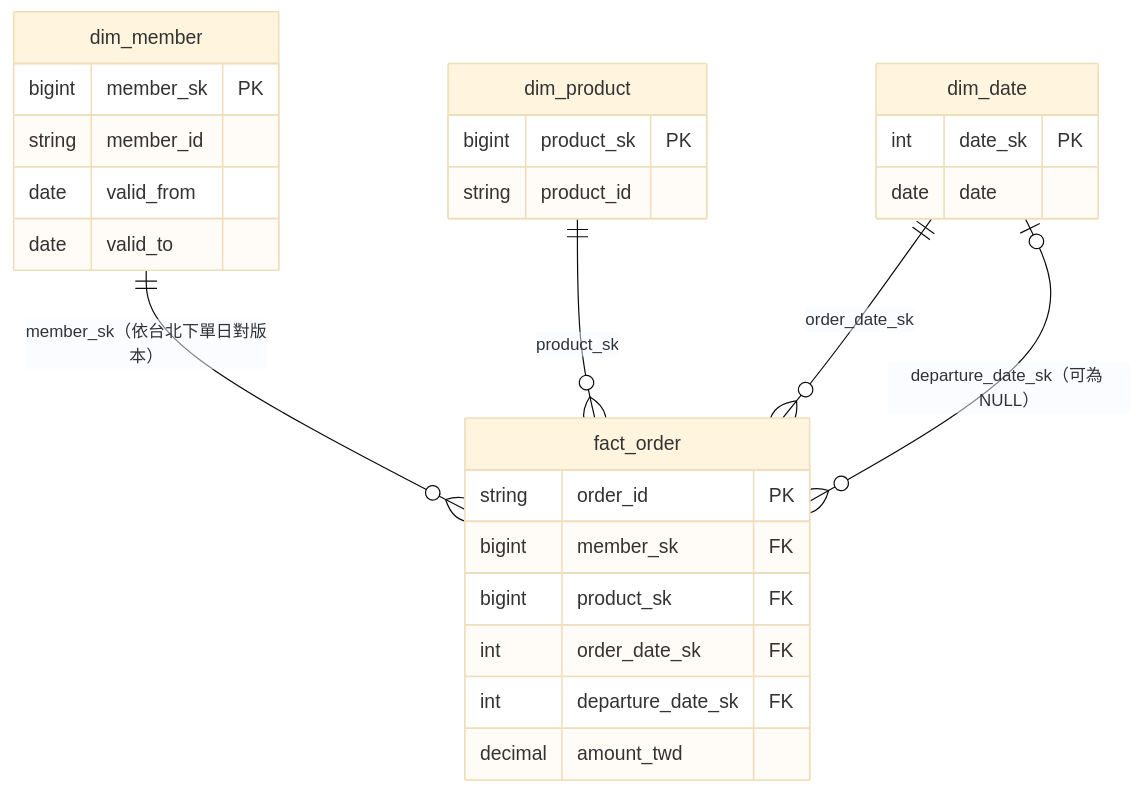
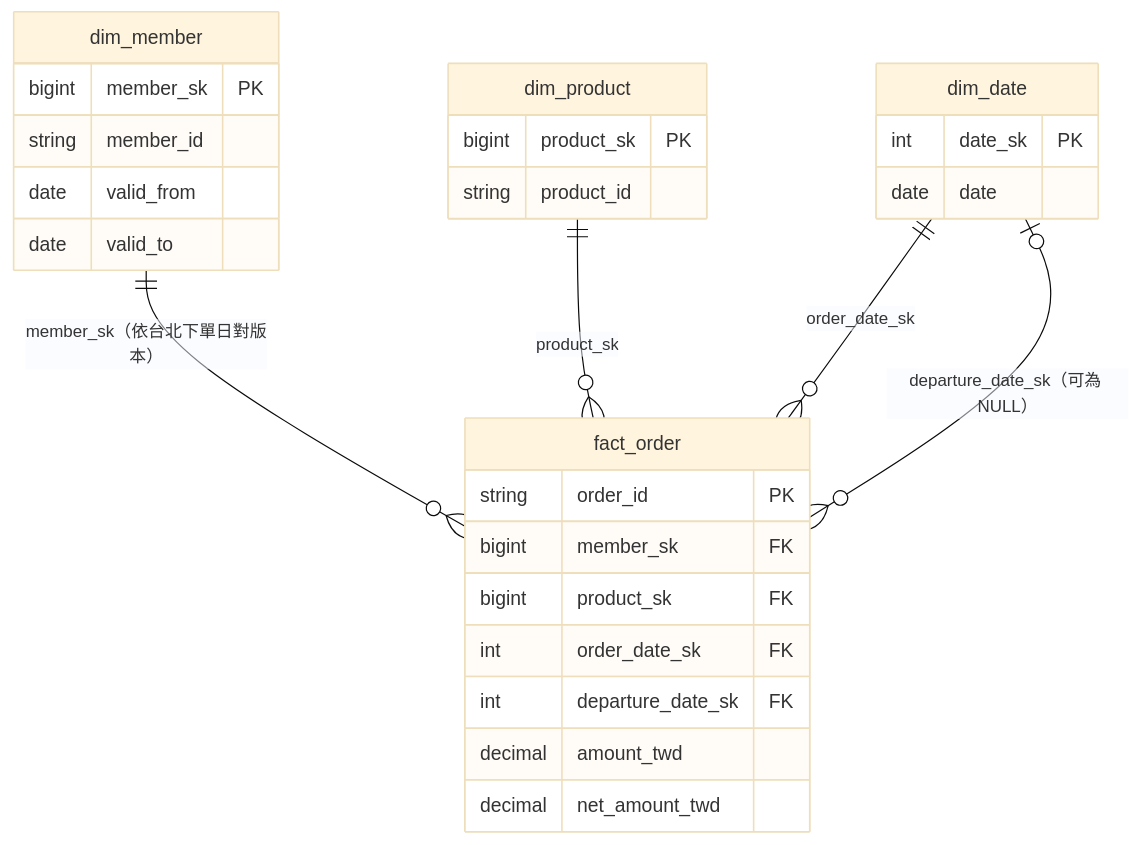
One commit to leeeating/LionTest changed the diagram in LionDEExam/submission/part_a/model.md. Above: the diagram before and after it, drawn with Mermaid (base theme). The commit also changed other lines of this file and 5 other files, not shown here.

````diff
--- a/LionDEExam/submission/part_a/model.md
+++ b/LionDEExam/submission/part_a/model.md
@@ -27,30 +28,31 @@
 ```mermaid
 erDiagram
     dim_member  ||--o{ fact_order : "member_sk（依台北下單日對版本）"
     dim_product ||--o{ fact_order : "product_sk"
     dim_date    ||--o{ fact_order : "order_date_sk"
     dim_date    |o--o{ fact_order : "departure_date_sk（可為 NULL）"
 
     fact_order {
         string order_id PK
         bigint member_sk FK
         bigint product_sk FK
         int order_date_sk FK
         int departure_date_sk FK
         decimal amount_twd
+        decimal net_amount_twd
     }
     dim_member {
         bigint member_sk PK
         string member_id
         date valid_from
         date valid_to
     }
     dim_product {
         bigint product_sk PK
         string product_id
     }
     dim_date {
         int date_sk PK
         date date
     }
 ```
````
